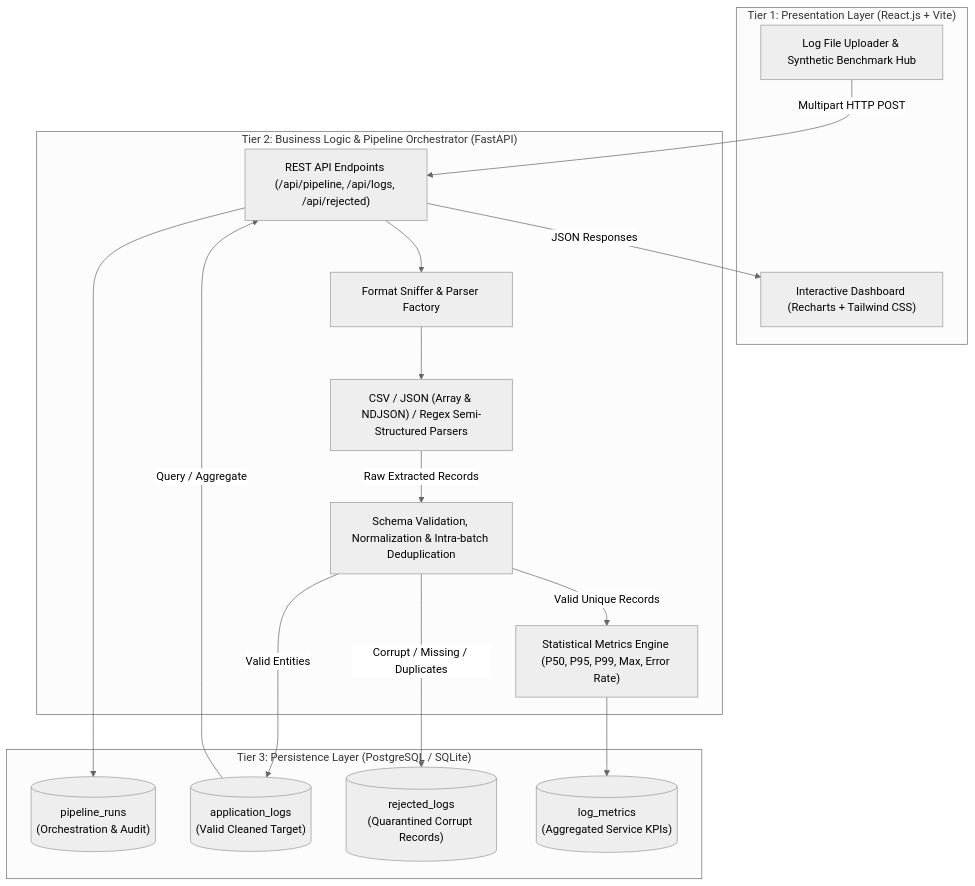
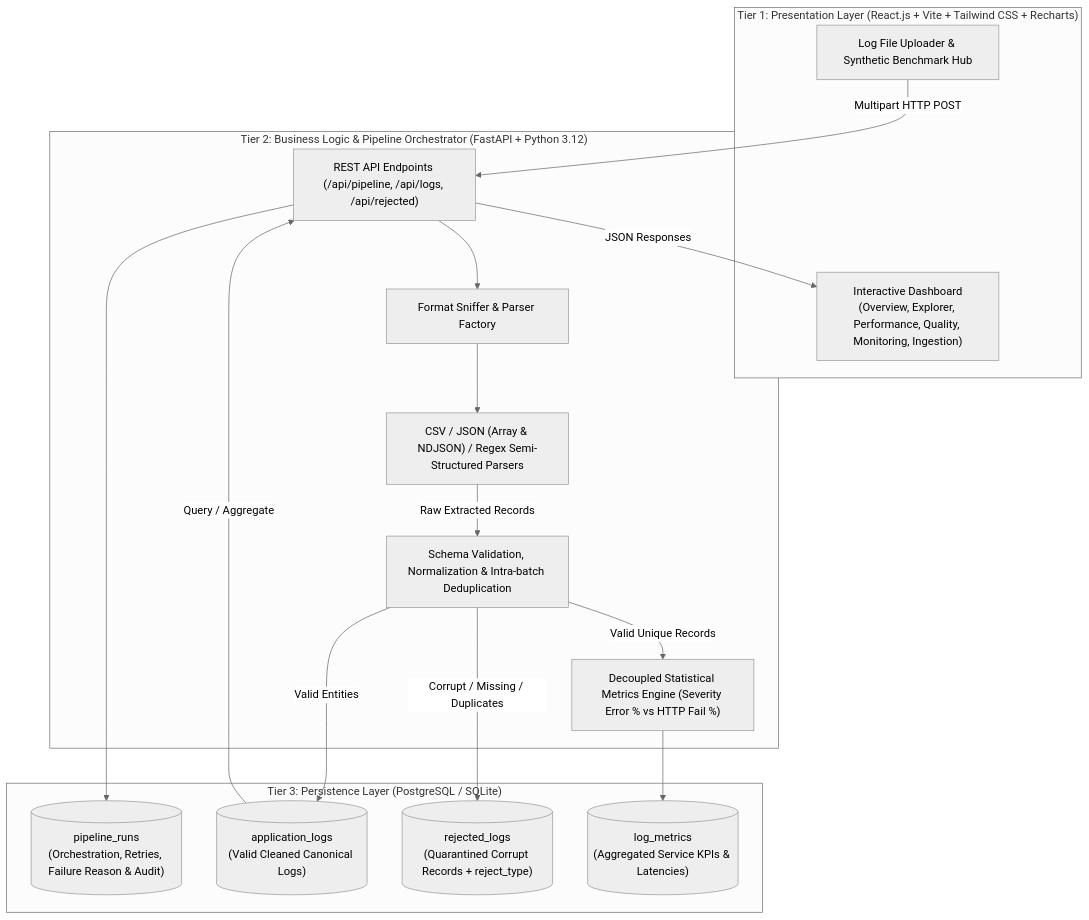
Before and after one commit to Malleswarikomara/Yottaflex.AI-Candidateworkspace: the diagram in reports/architecture_design.md, drawn with Mermaid (neutral theme). The commit also changed other lines of this file and 23 other files, not shown here.

Commit message:
Implement decoupled error rates, idempotent rerun accounting, quarantine taxonomy, and 17 benchmark KPI fields

````diff
--- a/reports/architecture_design.md
+++ b/reports/architecture_design.md
@@ -13,34 +14,34 @@
 ```mermaid
 flowchart TD
-    subgraph Tier1["Tier 1: Presentation Layer (React.js + Vite)"]
-        UI["Interactive Dashboard (Recharts + Tailwind CSS)"]
+    subgraph Tier1["Tier 1: Presentation Layer (React.js + Vite + Tailwind CSS + Recharts)"]
+        UI["Interactive Dashboard\n(Overview, Explorer, Performance, Quality, Monitoring, Ingestion)"]
         UploadWidget["Log File Uploader & Synthetic Benchmark Hub"]
     end
 
-    subgraph Tier2["Tier 2: Business Logic & Pipeline Orchestrator (FastAPI)"]
+    subgraph Tier2["Tier 2: Business Logic & Pipeline Orchestrator (FastAPI + Python 3.12)"]
         Router["REST API Endpoints (/api/pipeline, /api/logs, /api/rejected)"]
         Sniffer["Format Sniffer & Parser Factory"]
         Parsers["CSV / JSON (Array & NDJSON) / Regex Semi-Structured Parsers"]
         Validator["Schema Validation, Normalization & Intra-batch Deduplication"]
-        MetricsEngine["Statistical Metrics Engine (P50, P95, P99, Max, Error Rate)"]
+        MetricsEngine["Decoupled Statistical Metrics Engine (Severity Error % vs HTTP Fail %)"]
     end
 
     subgraph Tier3["Tier 3: Persistence Layer (PostgreSQL / SQLite)"]
-        RunsTable[("pipeline_runs\n(Orchestration & Audit)")]
-        TargetTable[("application_logs\n(Valid Cleaned Target)")]
-        QuarantineTable[("rejected_logs\n(Quarantined Corrupt Records)")]
-        MetricsTable[("log_metrics\n(Aggregated Service KPIs)")]
+        RunsTable[("pipeline_runs\n(Orchestration, Retries, Failure Reason & Audit)")]
+        TargetTable[("application_logs\n(Valid Cleaned Canonical Logs)")]
+        QuarantineTable[("rejected_logs\n(Quarantined Corrupt Records + reject_type)")]
+        MetricsTable[("log_metrics\n(Aggregated Service KPIs & Latencies)")]
     end
 
     UploadWidget -->|Multipart HTTP POST| Router
     Router --> Sniffer
     Sniffer --> Parsers
     Parsers -->|Raw Extracted Records| Validator
     Validator -->|Valid Unique Records| MetricsEngine
     Validator -->|Corrupt / Missing / Duplicates| QuarantineTable
     Validator -->|Valid Entities| TargetTable
     MetricsEngine --> MetricsTable
     Router --> RunsTable
     TargetTable -->|Query / Aggregate| Router
     Router -->|JSON Responses| UI
 ```
````
